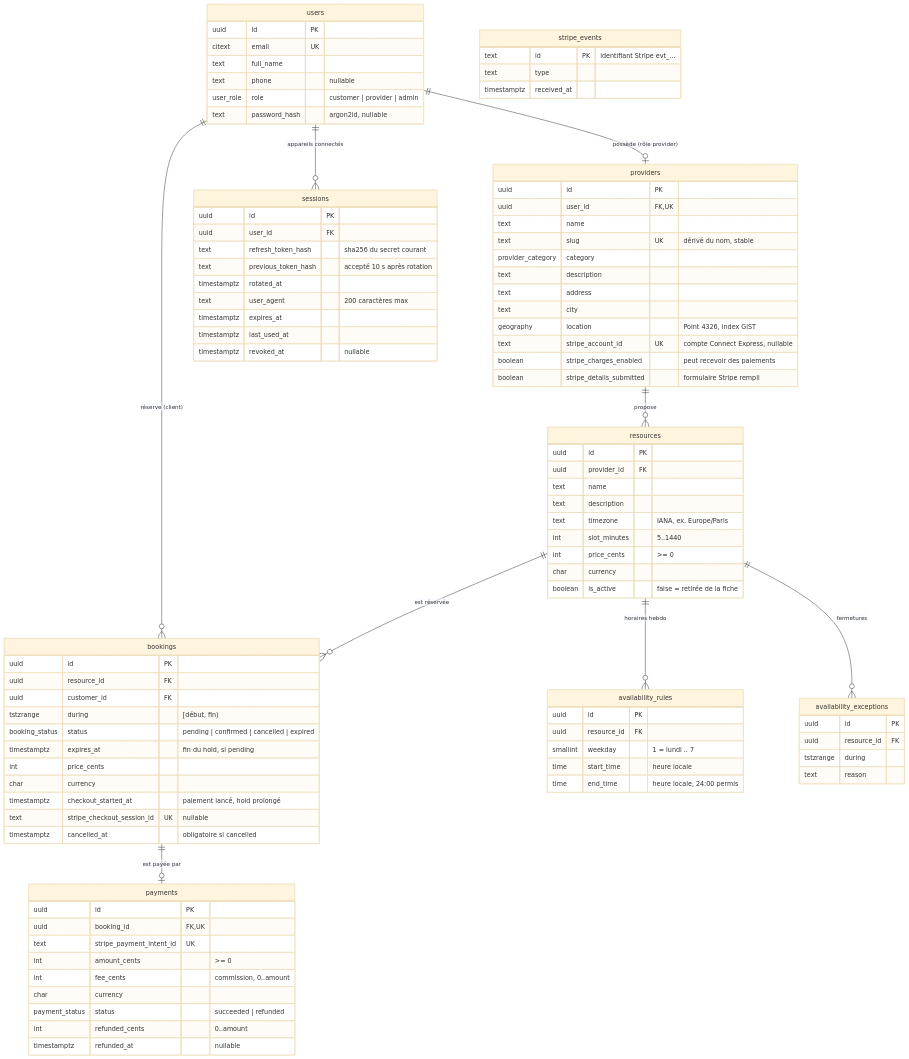
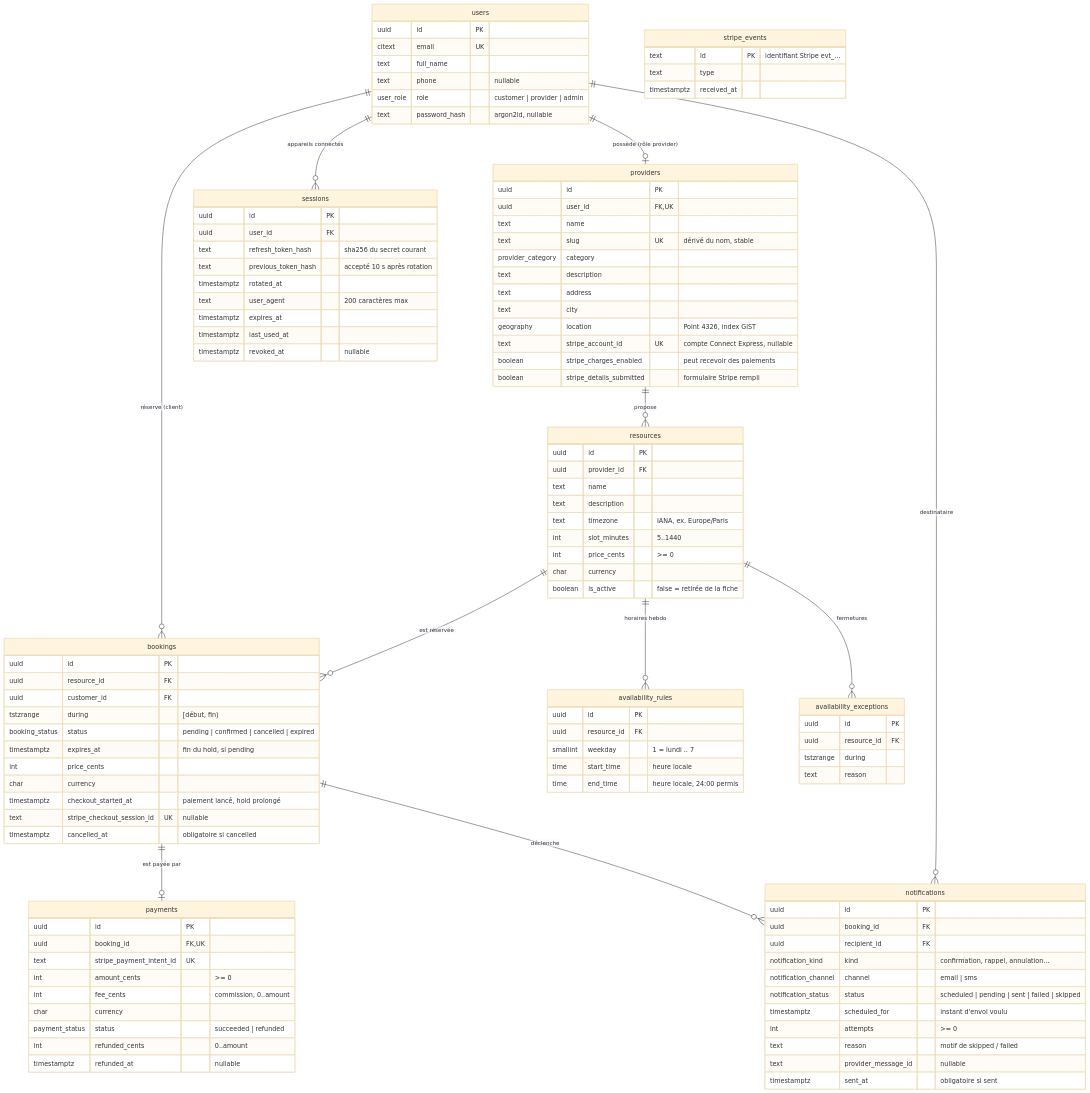
The diagram in docs/schema.md (KasselFelix/Creno), drawn with Mermaid (base theme) before and after one commit. The commit also changed other lines of this file and 8 other files, not shown here.

````diff
--- a/docs/schema.md
+++ b/docs/schema.md
@@ -12,6 +12,8 @@
   resources ||--o{ availability_exceptions : fermetures
   resources ||--o{ bookings : "est réservée"
   bookings ||--o| payments : "est payée par"
+  bookings ||--o{ notifications : "déclenche"
+  users ||--o{ notifications : "destinataire"
 
   users {
     uuid id PK
@@ -99,4 +101,17 @@
     text type
     timestamptz received_at
   }
+  notifications {
+    uuid id PK
+    uuid booking_id FK
+    uuid recipient_id FK
+    notification_kind kind "confirmation, rappel, annulation…"
+    notification_channel channel "email | sms"
+    notification_status status "scheduled | pending | sent | failed | skipped"
+    timestamptz scheduled_for "instant d'envoi voulu"
+    int attempts ">= 0"
+    text reason "motif de skipped / failed"
+    text provider_message_id "nullable"
+    timestamptz sent_at "obligatoire si sent"
+  }
 ```
````
